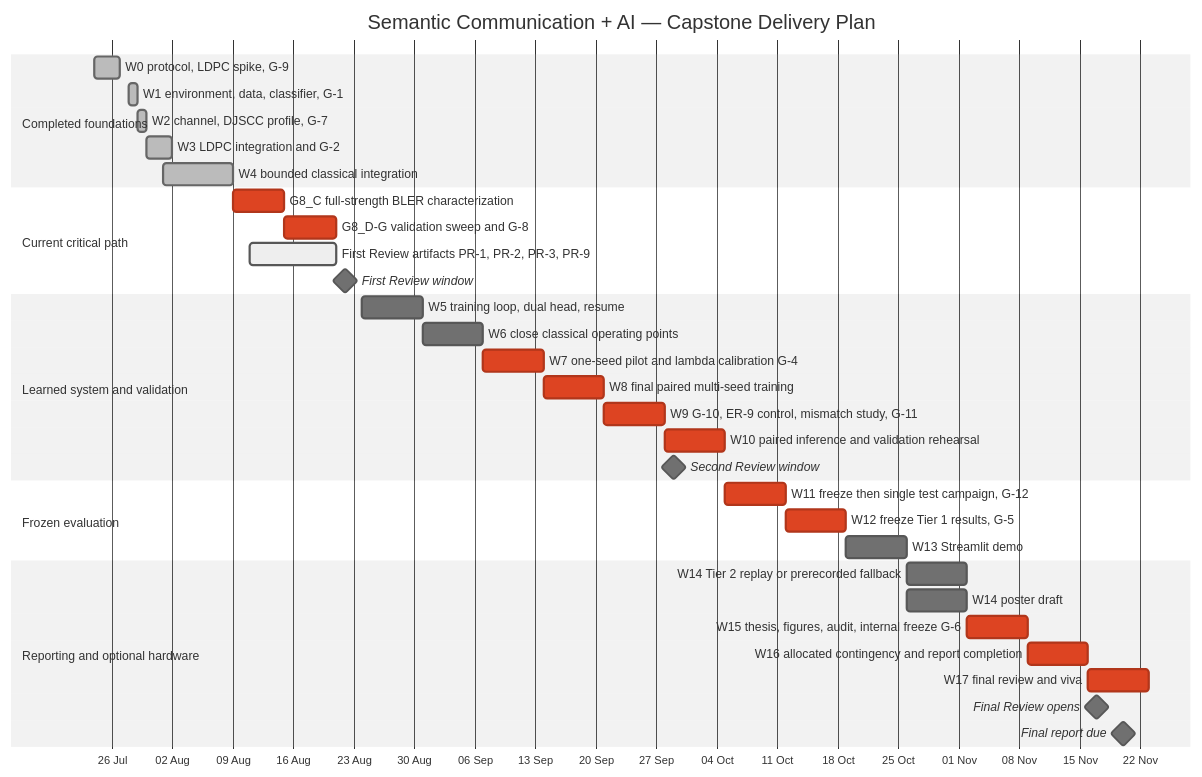
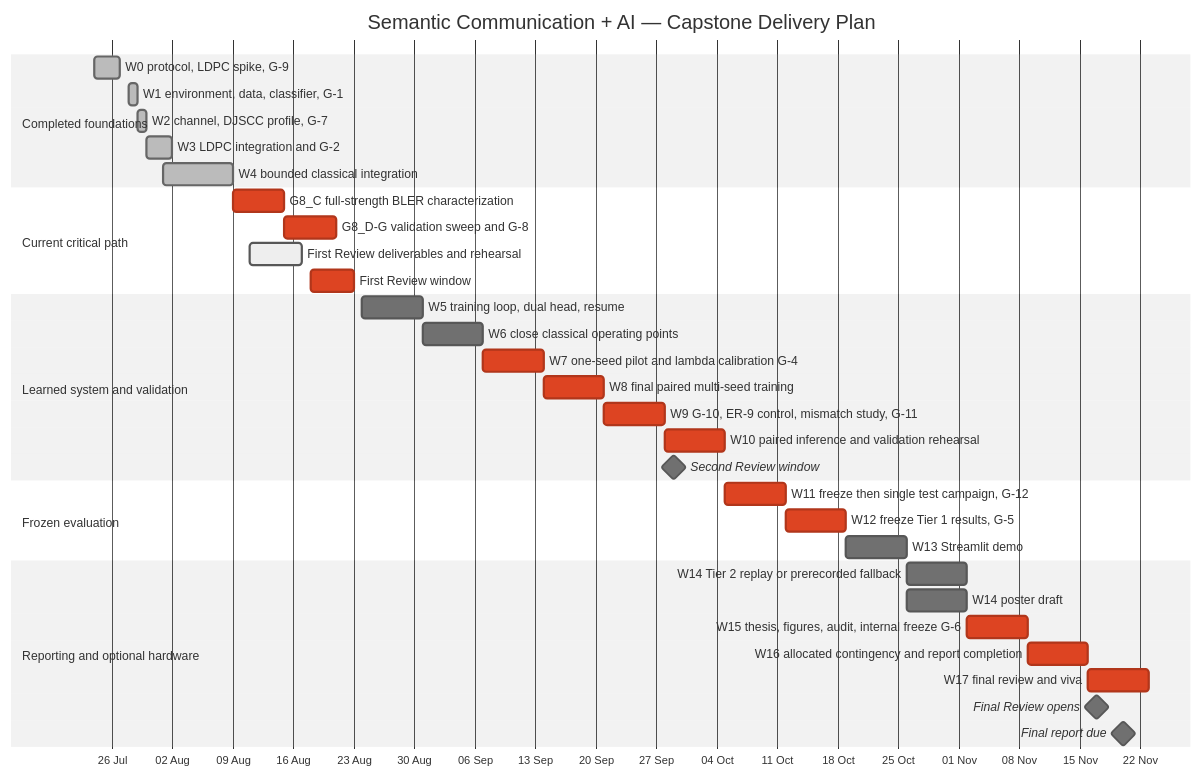
Before and after one commit to nxck2005/capstone: the diagram in docs/gantt-plan.md, drawn with Mermaid (neutral theme). The commit also changed other lines of this file and 4 other files, not shown here.

Commit message:
docs: define first review delivery contract

````diff
--- a/docs/gantt-plan.md
+++ b/docs/gantt-plan.md
@@ -13,42 +13,42 @@
 ```mermaid
 gantt
     title Semantic Communication + AI — Capstone Delivery Plan
     dateFormat  YYYY-MM-DD
     axisFormat  %d %b
 
     section Completed foundations
     W0 protocol, LDPC spike, G-9                    :done, w0, 2026-07-24, 2026-07-27
     W1 environment, data, classifier, G-1           :done, w1, 2026-07-28, 2026-07-29
     W2 channel, DJSCC profile, G-7                  :done, w2, 2026-07-29, 2026-07-30
     W3 LDPC integration and G-2                     :done, w3, 2026-07-30, 2026-08-02
     W4 bounded classical integration                :done, w4, 2026-08-01, 2026-08-09
 
     section Current critical path
     G8_C full-strength BLER characterization        :crit, g8c, 2026-08-09, 2026-08-15
     G8_D-G validation sweep and G-8                 :crit, g8rest, after g8c, 6d
-    First Review artifacts PR-1, PR-2, PR-3, PR-9  :active, reviewdocs, 2026-08-11, 2026-08-21
-    First Review window                             :milestone, r1, 2026-08-22, 0d
+    First Review deliverables and rehearsal         :active, reviewdocs, 2026-08-11, 2026-08-17
+    First Review window                             :crit, r1, 2026-08-18, 5d
 
     section Learned system and validation
     W5 training loop, dual head, resume             :w5, 2026-08-24, 7d
     W6 close classical operating points             :w6, 2026-08-31, 7d
     W7 one-seed pilot and lambda calibration G-4    :crit, w7, 2026-09-07, 7d
     W8 final paired multi-seed training             :crit, w8, 2026-09-14, 7d
     W9 G-10, ER-9 control, mismatch study, G-11     :crit, w9, 2026-09-21, 7d
     W10 paired inference and validation rehearsal    :crit, w10, 2026-09-28, 7d
     Second Review window                            :milestone, r2, 2026-09-29, 0d
 
     section Frozen evaluation
     W11 freeze then single test campaign, G-12      :crit, w11, 2026-10-05, 7d
     W12 freeze Tier 1 results, G-5                  :crit, w12, 2026-10-12, 7d
     W13 Streamlit demo                              :w13, 2026-10-19, 7d
 
     section Reporting and optional hardware
     W14 Tier 2 replay or prerecorded fallback       :w14, 2026-10-26, 7d
     W14 poster draft                                :poster, 2026-10-26, 7d
     W15 thesis, figures, audit, internal freeze G-6 :crit, w15, 2026-11-02, 7d
     W16 allocated contingency and report completion :crit, w16, 2026-11-09, 7d
     W17 final review and viva                       :crit, w17, 2026-11-16, 7d
     Final Review opens                              :milestone, r3, 2026-11-17, 0d
     Final report due                                :milestone, report, 2026-11-20, 0d
 ```
````
